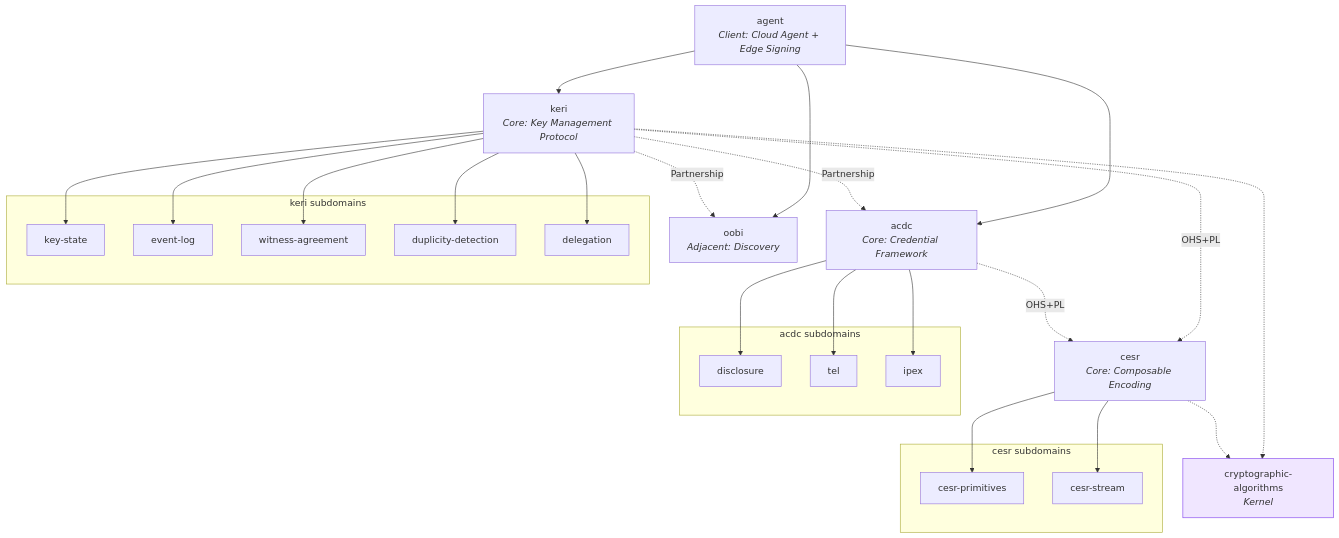
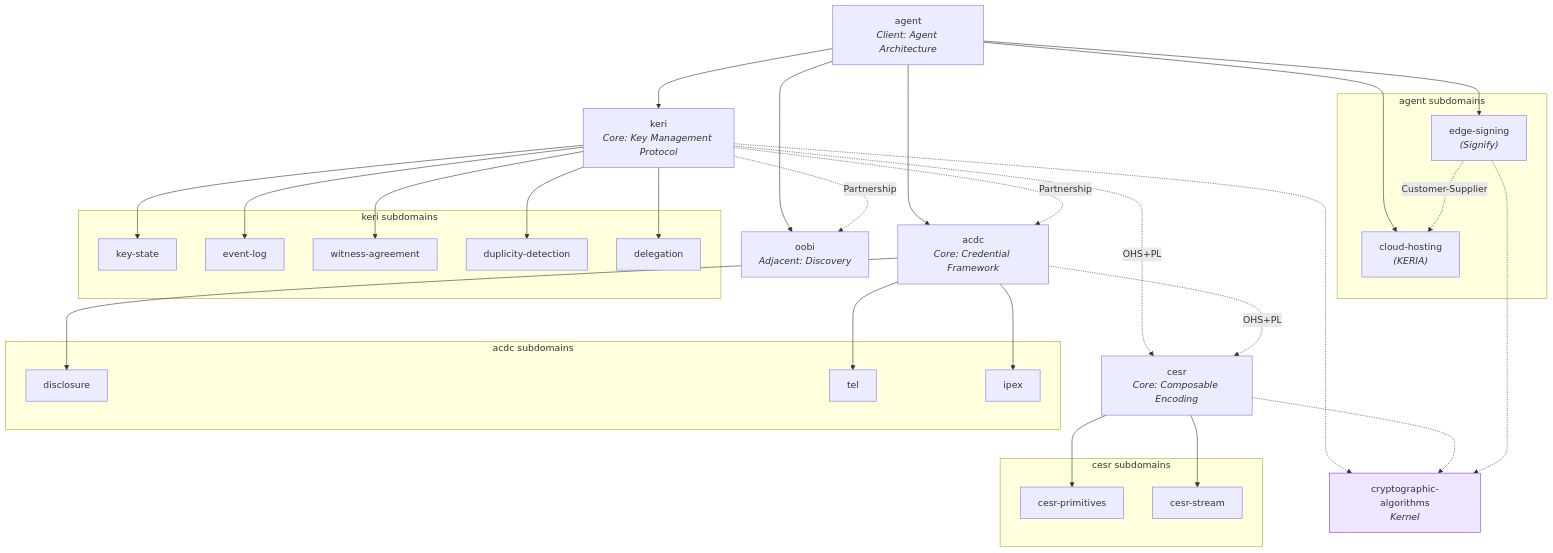
The diagram in rdod/spec/domains/README.md (seriouscoderone/keri-claude), drawn with Mermaid before and after one commit. The commit also changed other lines of this file and 9 other files, not shown here.

First line of the commit message:
Split agent domain into edge-signing and cloud-hosting subdomains

````diff
--- a/rdod/spec/domains/README.md
+++ b/rdod/spec/domains/README.md
@@ -9,51 +9,60 @@
 ```mermaid
 graph TD
-    agent["agent<br/><i>Client: Cloud Agent + Edge Signing</i>"]
+    agent["agent<br/><i>Client: Agent Architecture</i>"]
     keri["keri<br/><i>Core: Key Management Protocol</i>"]
     cesr["cesr<br/><i>Core: Composable Encoding</i>"]
     acdc["acdc<br/><i>Core: Credential Framework</i>"]
     oobi["oobi<br/><i>Adjacent: Discovery</i>"]
     crypto["cryptographic-algorithms<br/><i>Kernel</i>"]:::kernel
 
     agent --> keri
     agent --> acdc
     agent --> oobi
     keri -. "OHS+PL" .-> cesr
     acdc -. "OHS+PL" .-> cesr
     keri -. "Partnership" .-> acdc
     keri -. "Partnership" .-> oobi
 
     subgraph "keri subdomains"
         ks["key-state"]
         el["event-log"]
         wa["witness-agreement"]
         dd["duplicity-detection"]
         dl["delegation"]
     end
     keri --> ks
     keri --> el
     keri --> wa
     keri --> dd
     keri --> dl
 
     subgraph "cesr subdomains"
         cp["cesr-primitives"]
         cs["cesr-stream"]
     end
     cesr --> cp
     cesr --> cs
 
     subgraph "acdc subdomains"
         disc["disclosure"]
         tel["tel"]
         ipex["ipex"]
     end
     acdc --> disc
     acdc --> tel
     acdc --> ipex
 
+    subgraph "agent subdomains"
+        es["edge-signing<br/><i>(Signify)</i>"]
+        ch["cloud-hosting<br/><i>(KERIA)</i>"]
+    end
+    agent --> es
+    agent --> ch
+    es -. "Customer-Supplier" .-> ch
+
     keri -.-> crypto
     cesr -.-> crypto
+    es -.-> crypto
 
     classDef kernel fill:#f0e6ff,stroke:#7c3aed
 ```
````
